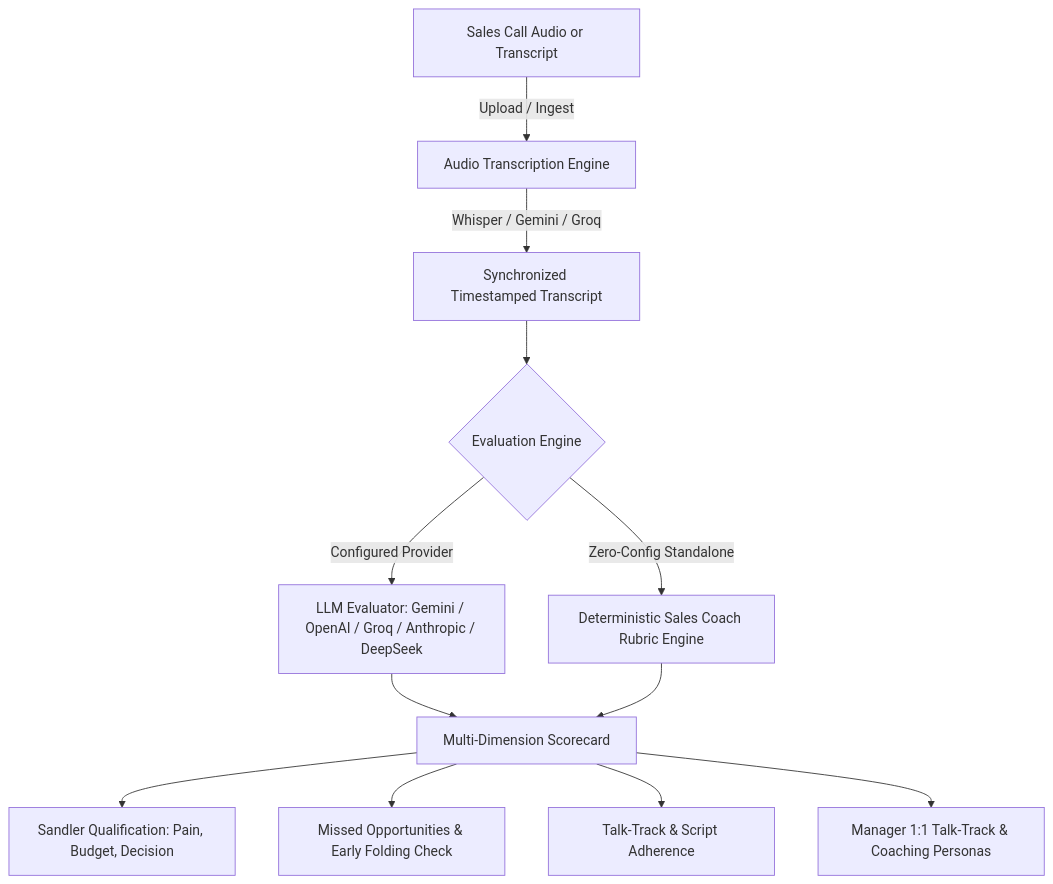
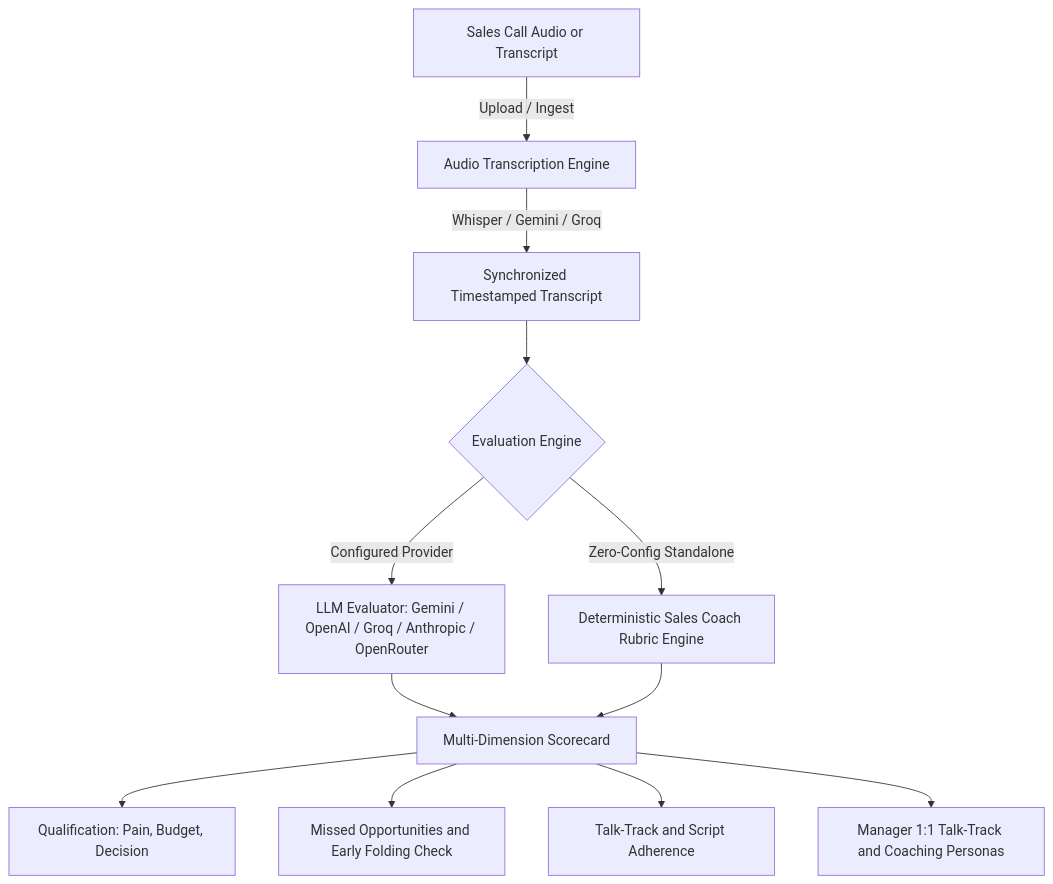
Before and after one commit to Yz613/Sales-Coach: the diagram in README.md, drawn with Mermaid. The commit also changed other lines of this file and 31 other files, not shown here.

````diff
--- a/README.md
+++ b/README.md
@@ -18,14 +65,14 @@
 ```mermaid
 graph TD
     A[Sales Call Audio or Transcript] -->|Upload / Ingest| B[Audio Transcription Engine]
     B -->|Whisper / Gemini / Groq| C[Synchronized Timestamped Transcript]
     C --> D{Evaluation Engine}
-    D -->|Configured Provider| E[LLM Evaluator: Gemini / OpenAI / Groq / Anthropic / DeepSeek]
+    D -->|Configured Provider| E[LLM Evaluator: Gemini / OpenAI / Groq / Anthropic / OpenRouter]
     D -->|Zero-Config Standalone| F[Deterministic Sales Coach Rubric Engine]
     E --> G[Multi-Dimension Scorecard]
     F --> G
-    G --> H[Sandler Qualification: Pain, Budget, Decision]
-    G --> I[Missed Opportunities & Early Folding Check]
-    G --> J[Talk-Track & Script Adherence]
-    G --> K[Manager 1:1 Talk-Track & Coaching Personas]
+    G --> H[Qualification: Pain, Budget, Decision]
+    G --> I[Missed Opportunities and Early Folding Check]
+    G --> J[Talk-Track and Script Adherence]
+    G --> K[Manager 1:1 Talk-Track and Coaching Personas]
 ```
````
